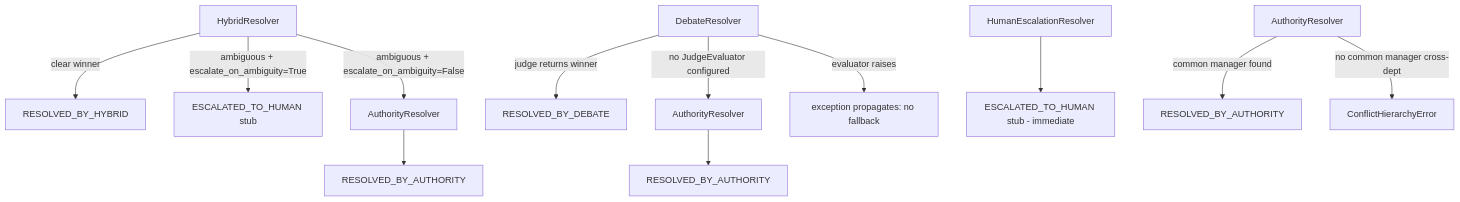
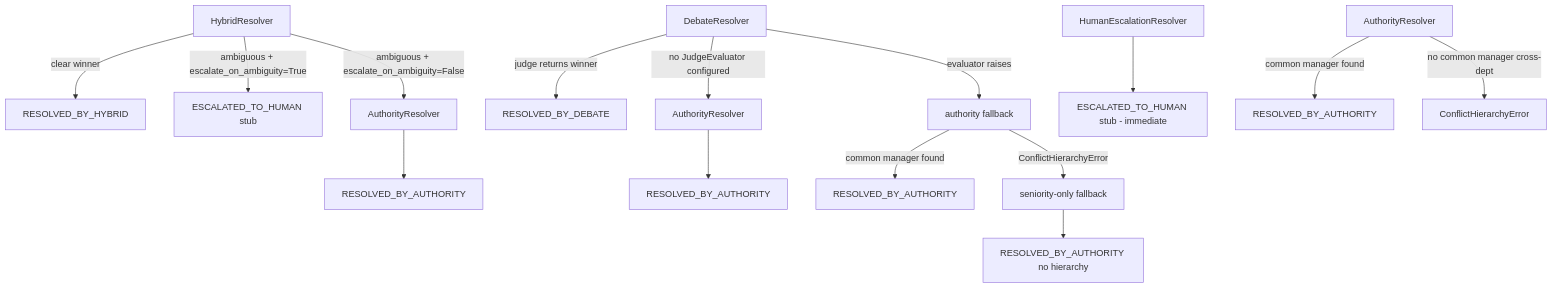
Before and after one commit to Aureliolo/ai-company: the diagram in docs/research/multi-agent-failure-audit.md, drawn with Mermaid. The commit also changed other lines of this file and 31 other files, not shown here.

````diff
--- a/docs/research/multi-agent-failure-audit.md
+++ b/docs/research/multi-agent-failure-audit.md
@@ -174,20 +175,23 @@
 ```mermaid
 flowchart TD
     HR[HybridResolver]
     HR -->|clear winner| RH[RESOLVED_BY_HYBRID]
     HR -->|ambiguous + escalate_on_ambiguity=True| EH1[ESCALATED_TO_HUMAN stub]
     HR -->|ambiguous + escalate_on_ambiguity=False| AR1[AuthorityResolver]
     AR1 --> RA1[RESOLVED_BY_AUTHORITY]
 
     DR[DebateResolver]
     DR -->|judge returns winner| RD[RESOLVED_BY_DEBATE]
     DR -->|no JudgeEvaluator configured| AR2[AuthorityResolver]
-    DR -->|evaluator raises| EXC[exception propagates: no fallback]
+    DR -->|evaluator raises| AFB[authority fallback]
     AR2 --> RA2[RESOLVED_BY_AUTHORITY]
+    AFB -->|common manager found| RA4[RESOLVED_BY_AUTHORITY]
+    AFB -->|ConflictHierarchyError| SF[seniority-only fallback]
+    SF --> RA5[RESOLVED_BY_AUTHORITY no hierarchy]
 
     HE[HumanEscalationResolver] --> EH2[ESCALATED_TO_HUMAN stub - immediate]
 
     AR[AuthorityResolver]
     AR -->|common manager found| RA3[RESOLVED_BY_AUTHORITY]
     AR -->|no common manager cross-dept| CHE[ConflictHierarchyError]
 ```
````
